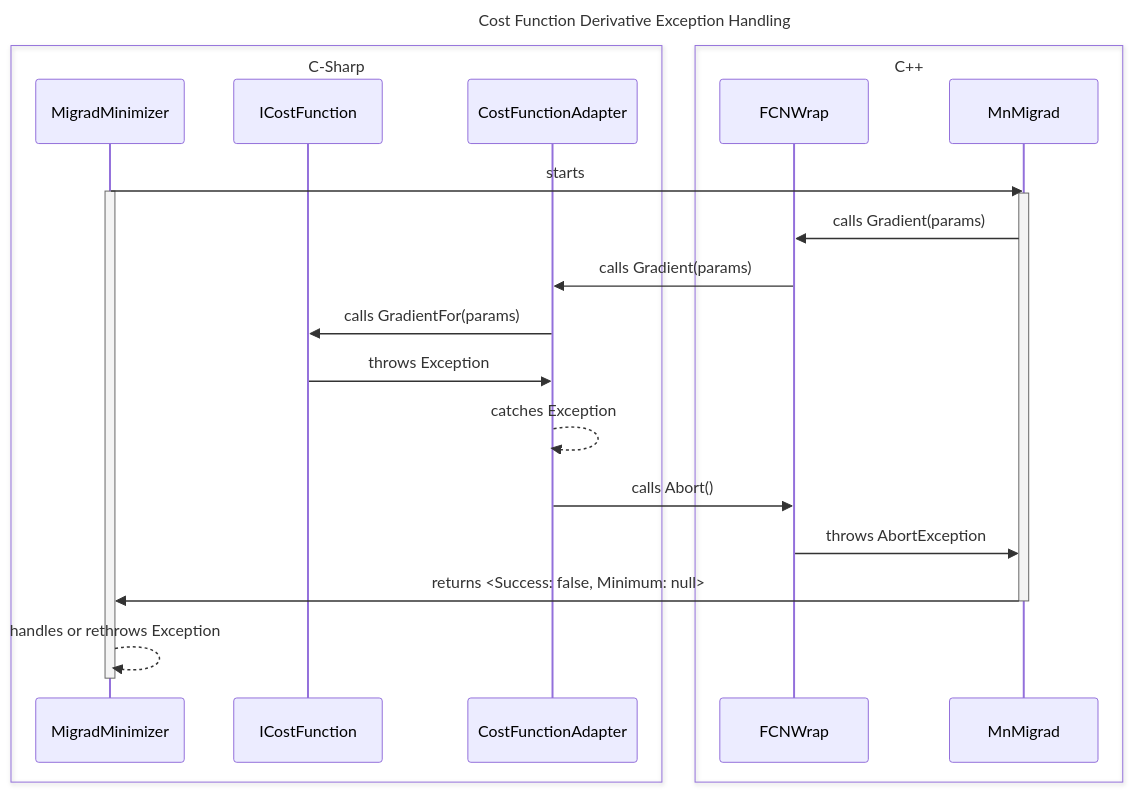
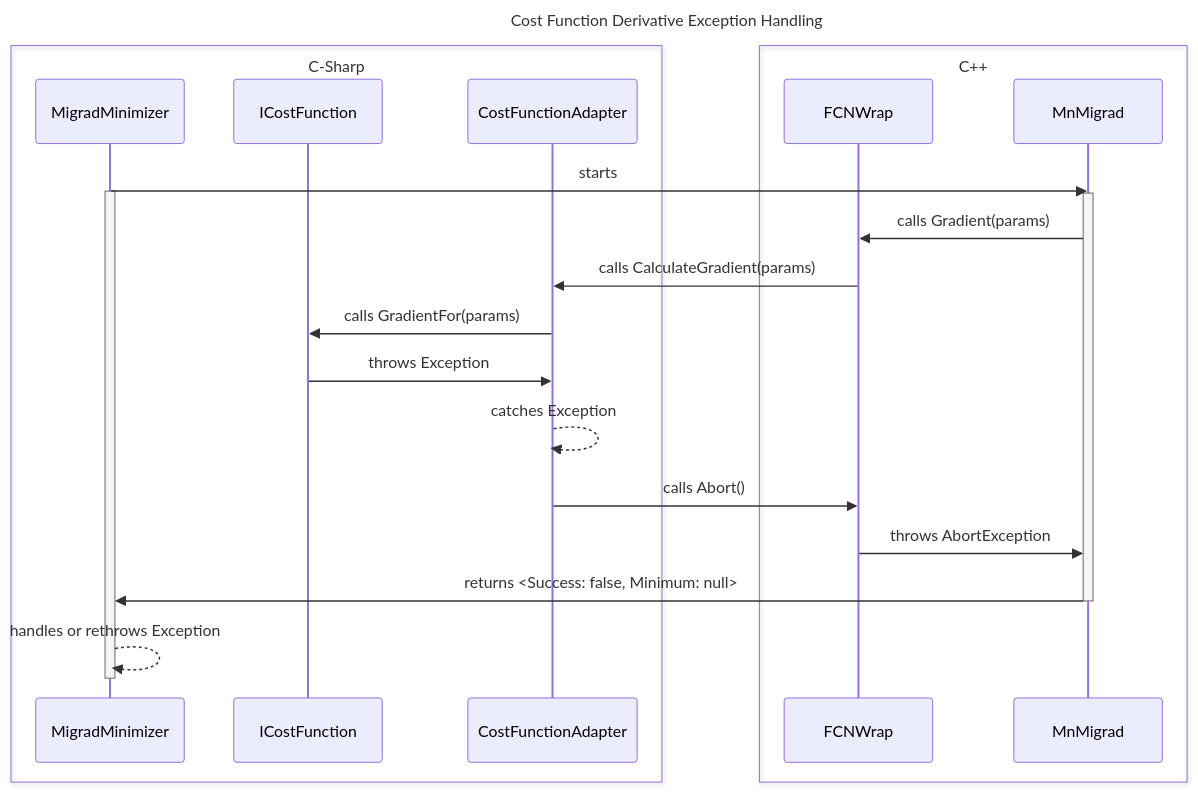
The second of 2 diagrams in minuit2.wrap/README.md (bruker-biosensors/minuit2.net), drawn with Mermaid before and after one commit. The commit also changed other lines of this file, not shown here.

````diff
--- a/minuit2.wrap/README.md
+++ b/minuit2.wrap/README.md
@@ -74,31 +74,31 @@
 ``` mermaid
 sequenceDiagram
 
 title Cost Function Derivative Exception Handling
 
 box C-Sharp
     participant MigradMinimizer
     participant ICostFunction
     participant CostFunctionAdapter
     end
 
 box C++
     participant FCNWrap
     participant MnMigrad
     end
 
     MigradMinimizer ->> MnMigrad: starts
     activate MigradMinimizer
     activate MnMigrad
     MnMigrad ->> FCNWrap: calls Gradient(params)
-    FCNWrap ->> CostFunctionAdapter: calls Gradient(params)
+    FCNWrap ->> CostFunctionAdapter: calls CalculateGradient(params)
     CostFunctionAdapter ->> ICostFunction: calls GradientFor(params)
     ICostFunction ->> CostFunctionAdapter: throws Exception
     CostFunctionAdapter -->> CostFunctionAdapter: catches Exception
     CostFunctionAdapter ->> FCNWrap: calls Abort()
     FCNWrap ->> MnMigrad: throws AbortException
     MnMigrad ->> MigradMinimizer: returns <Success: false, Minimum: null>
     deactivate MnMigrad
     MigradMinimizer -->> MigradMinimizer: handles or rethrows Exception
     deactivate MigradMinimizer
 ```
````
